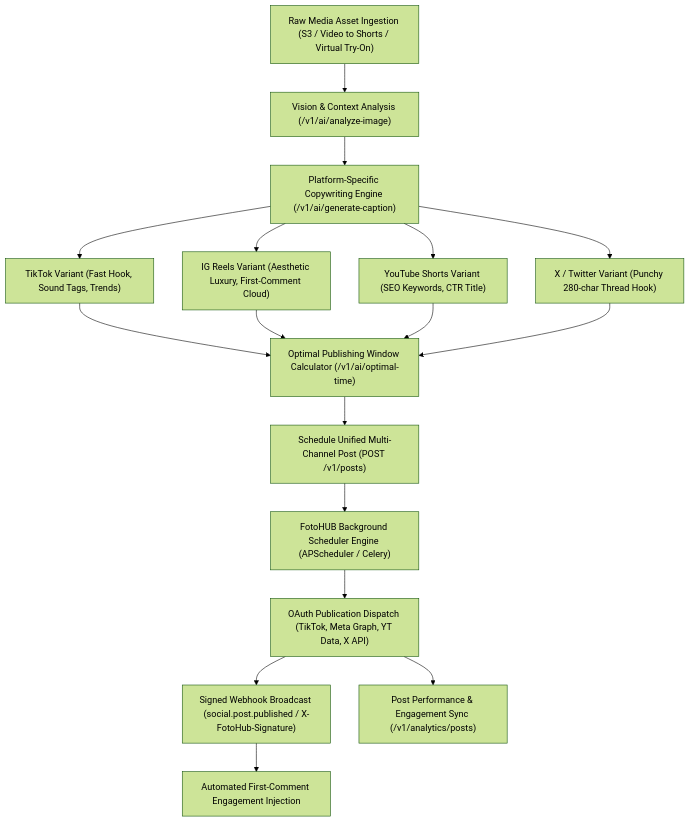
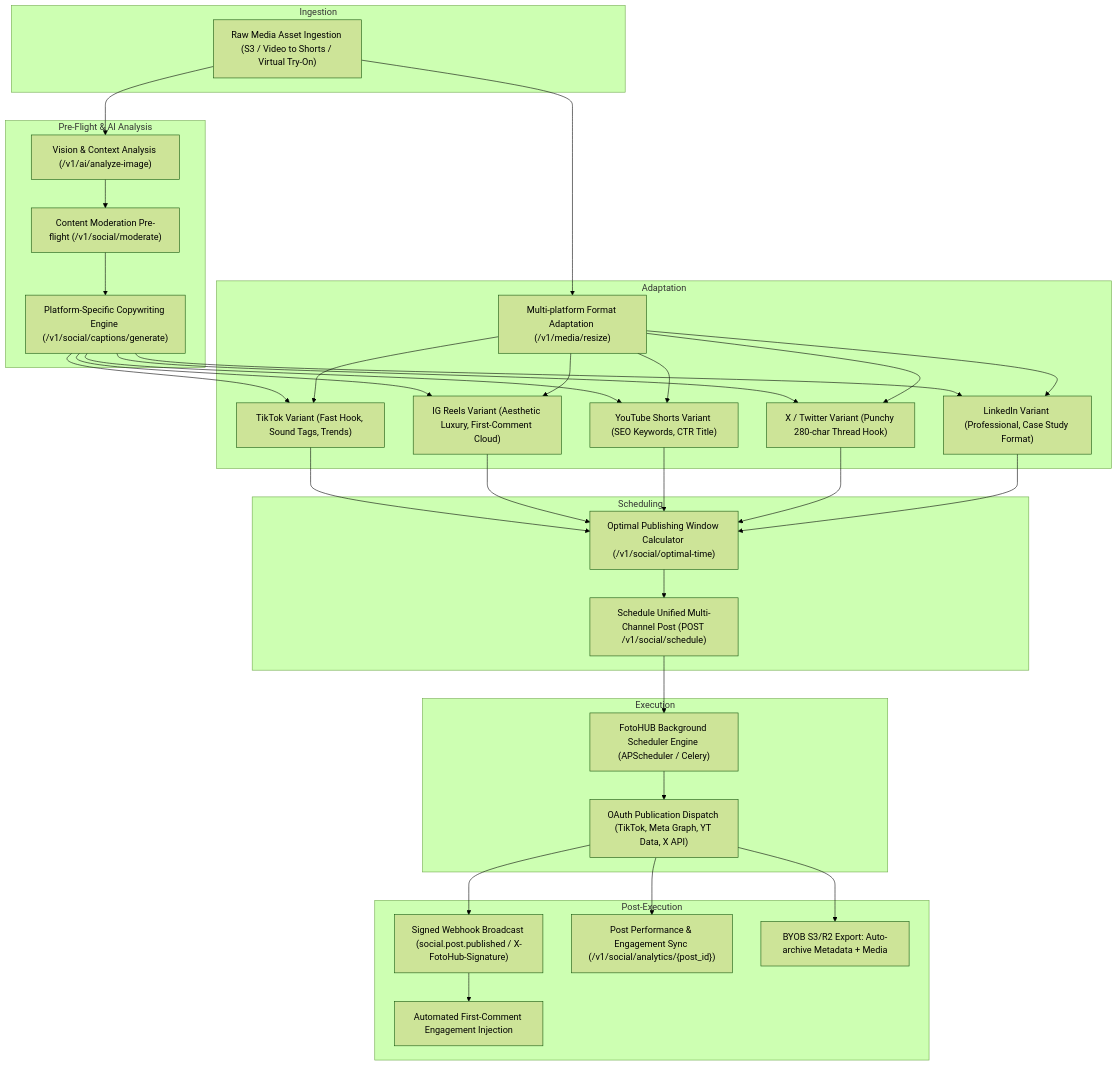
Before and after one commit to fotohubapp/docs: the diagram in recipes/social-auto-publisher.md, drawn with Mermaid (forest theme). The commit also changed other lines of this file and 61 other files, not shown here.

````diff
--- a/recipes/social-auto-publisher.md
+++ b/recipes/social-auto-publisher.md
@@ -11,16 +15,44 @@
 ```mermaid
 flowchart TD
-    A["Raw Media Asset Ingestion (S3 / Video to Shorts / Virtual Try-On)"] --> B["Vision & Context Analysis (/v1/ai/analyze-image)"]
-    B --> C["Platform-Specific Copywriting Engine (/v1/ai/generate-caption)"]
-    C --> D1["TikTok Variant (Fast Hook, Sound Tags, Trends)"]
-    C --> D2["IG Reels Variant (Aesthetic Luxury, First-Comment Cloud)"]
-    C --> D3["YouTube Shorts Variant (SEO Keywords, CTR Title)"]
-    C --> D4["X / Twitter Variant (Punchy 280-char Thread Hook)"]
-    D1 & D2 & D3 & D4 --> E["Optimal Publishing Window Calculator (/v1/ai/optimal-time)"]
-    E --> F["Schedule Unified Multi-Channel Post (POST /v1/posts)"]
-    F --> G["FotoHUB Background Scheduler Engine (APScheduler / Celery)"]
-    G --> H["OAuth Publication Dispatch (TikTok, Meta Graph, YT Data, X API)"]
-    H --> I["Signed Webhook Broadcast (social.post.published / X-FotoHub-Signature)"]
-    I --> J["Automated First-Comment Engagement Injection"]
-    H --> K["Post Performance & Engagement Sync (/v1/analytics/posts)"]
+    subgraph Ingestion
+        A["Raw Media Asset Ingestion (S3 / Video to Shorts / Virtual Try-On)"] 
+    end
+    
+    subgraph Pre-Flight & AI Analysis
+        A --> B["Vision & Context Analysis (/v1/ai/analyze-image)"]
+        B --> MOD["Content Moderation Pre-flight (/v1/social/moderate)"]
+        MOD --> C["Platform-Specific Copywriting Engine (/v1/social/captions/generate)"]
+    end
+    
+    subgraph Adaptation
+        C --> D1["TikTok Variant (Fast Hook, Sound Tags, Trends)"]
+        C --> D2["IG Reels Variant (Aesthetic Luxury, First-Comment Cloud)"]
+        C --> D3["YouTube Shorts Variant (SEO Keywords, CTR Title)"]
+        C --> D4["X / Twitter Variant (Punchy 280-char Thread Hook)"]
+        C --> D5["LinkedIn Variant (Professional, Case Study Format)"]
+        
+        A --> RESIZE["Multi-platform Format Adaptation (/v1/media/resize)"]
+        RESIZE --> D1
+        RESIZE --> D2
+        RESIZE --> D3
+        RESIZE --> D4
+        RESIZE --> D5
+    end
+    
+    subgraph Scheduling
+        D1 & D2 & D3 & D4 & D5 --> E["Optimal Publishing Window Calculator (/v1/social/optimal-time)"]
+        E --> F["Schedule Unified Multi-Channel Post (POST /v1/social/schedule)"]
+    end
+    
+    subgraph Execution
+        F --> G["FotoHUB Background Scheduler Engine (APScheduler / Celery)"]
+        G --> H["OAuth Publication Dispatch (TikTok, Meta Graph, YT Data, X API)"]
+    end
+    
+    subgraph Post-Execution
+        H --> I["Signed Webhook Broadcast (social.post.published / X-FotoHub-Signature)"]
+        I --> J["Automated First-Comment Engagement Injection"]
+        H --> K["Post Performance & Engagement Sync (/v1/social/analytics/{post_id})"]
+        H --> BYOB["BYOB S3/R2 Export: Auto-archive Metadata + Media"]
+    end
 ```
````
